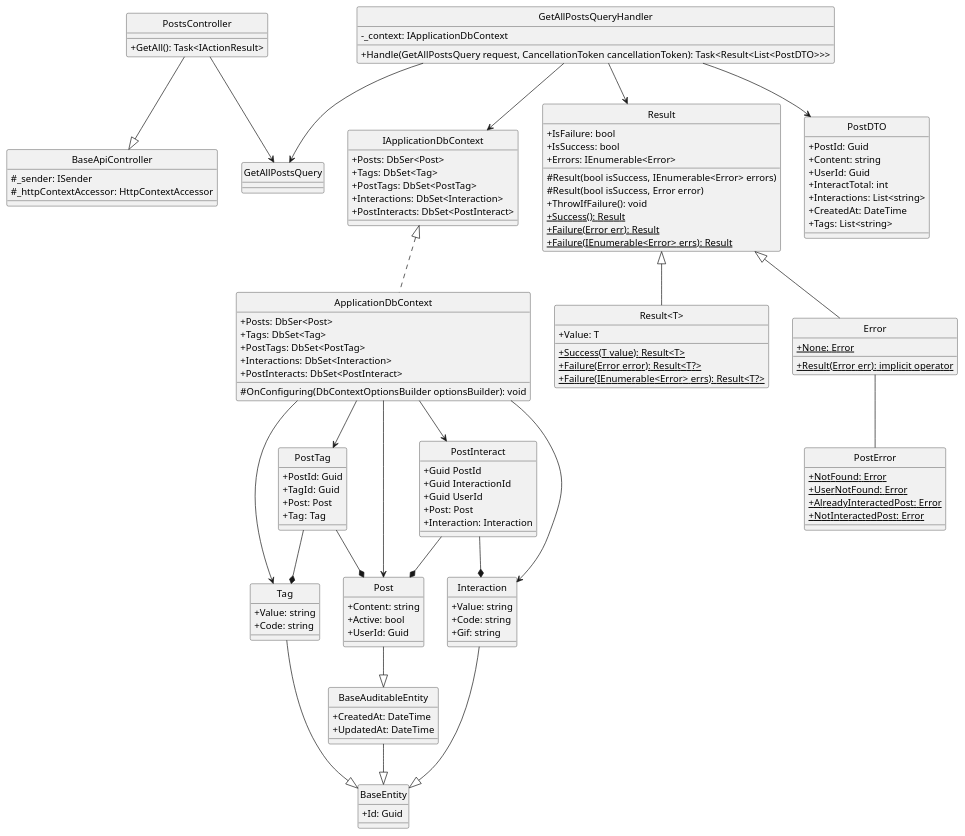
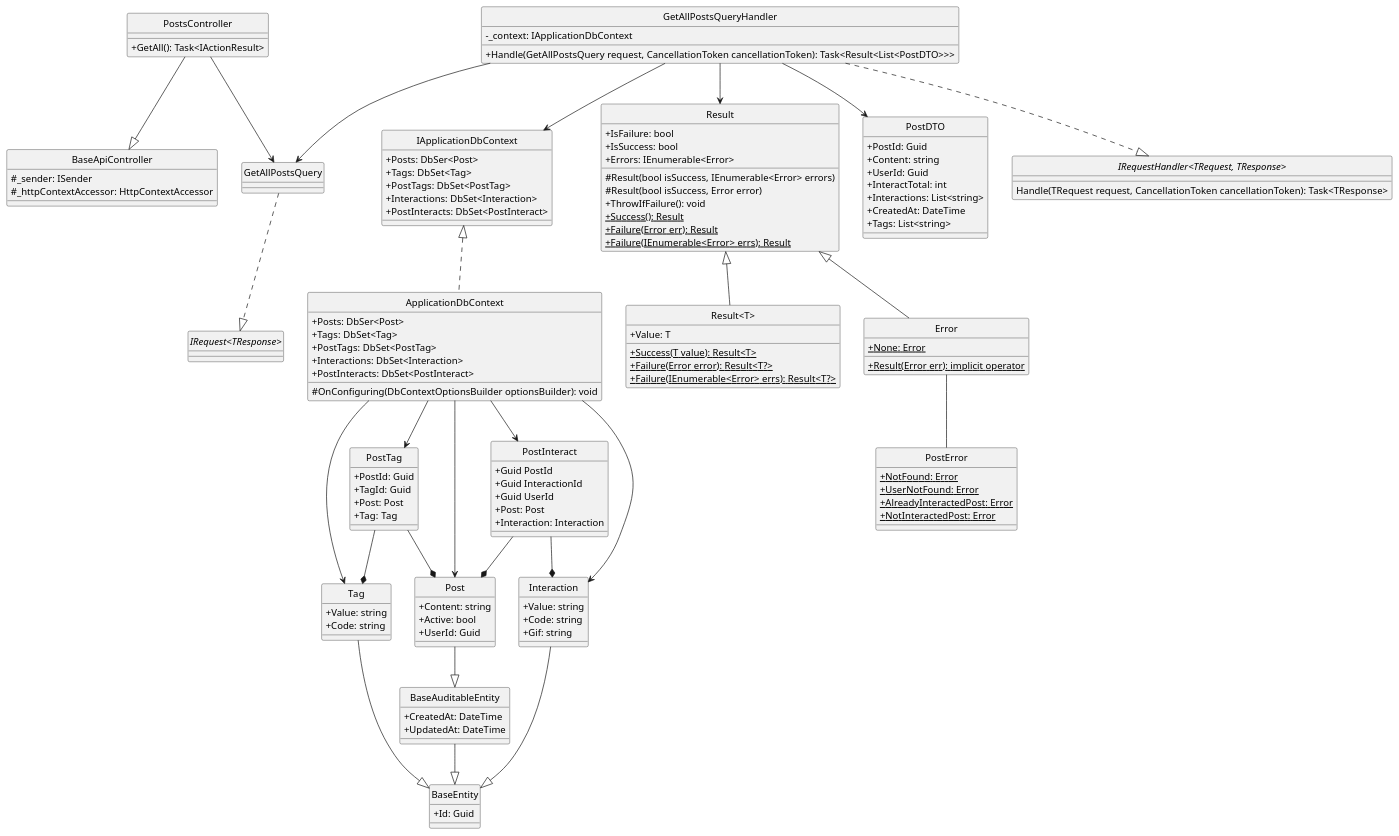
Before and after one commit to Carl-Johnsons/Chat-Application: the diagram in docs/Class Diagram/Post/Post/GetAllPost/ClassDiagram.plantuml, drawn with PlantUML. The commit also changed 21 other files, not shown here.

Commit message:
update post class diagram

```diff
--- a/docs/Class Diagram/Post/Post/GetAllPost/ClassDiagram.plantuml
+++ b/docs/Class Diagram/Post/Post/GetAllPost/ClassDiagram.plantuml
@@ -1,148 +1,155 @@
-@startuml 
+@startuml getAllPost
 hide circle
 skinparam classAttributeIconSize 0
 
 class BaseApiController {
     #_sender: ISender
     #_httpContextAccessor: HttpContextAccessor
 }
 
 class PostsController {
     +GetAll(): Task<IActionResult>
 }
 
 class GetAllPostsQuery {}
 
 class GetAllPostsQueryHandler {
     -_context: IApplicationDbContext
     +Handle(GetAllPostsQuery request, CancellationToken cancellationToken): Task<Result<List<PostDTO>>>
 }
 
 class IApplicationDbContext {
     +Posts: DbSer<Post>
     +Tags: DbSet<Tag>
     +PostTags: DbSet<PostTag>
     +Interactions: DbSet<Interaction>
     +PostInteracts: DbSet<PostInteract>
 }
 
 class ApplicationDbContext {
     +Posts: DbSer<Post>
     +Tags: DbSet<Tag>
     +PostTags: DbSet<PostTag>
     +Interactions: DbSet<Interaction>
     +PostInteracts: DbSet<PostInteract>
     #OnConfiguring(DbContextOptionsBuilder optionsBuilder): void
 }
 
 class Result {
     +IsFailure: bool
     +IsSuccess: bool
     +Errors: IEnumerable<Error>
     #Result(bool isSuccess, IEnumerable<Error> errors)
     #Result(bool isSuccess, Error error)
     +ThrowIfFailure(): void
     +{static} Success(): Result 
     +{static} Failure(Error err): Result
     +{static} Failure(IEnumerable<Error> errs): Result
 }
 
 class "Result<T>" {
     +Value: T
     +{static} Success(T value): Result<T>
     +{static} Failure(Error error): Result<T?>
     +{static} Failure(IEnumerable<Error> errs): Result<T?>
 }
 
 class Error {
     +{static} None: Error
     +{static} Result(Error err): implicit operator
 }
 
 class PostError {
     +{static} NotFound: Error
     +{static} UserNotFound: Error
     +{static} AlreadyInteractedPost: Error
     +{static} NotInteractedPost: Error
 }
 
 class PostDTO {
     +PostId: Guid
     +Content: string
     +UserId: Guid
     +InteractTotal: int
     +Interactions: List<string>
     +CreatedAt: DateTime
     +Tags: List<string>
 }
 
 class BaseEntity {
     +Id: Guid
 }
 
 class BaseAuditableEntity{
     +CreatedAt: DateTime
     +UpdatedAt: DateTime
 }
 
 class Tag {
     +Value: string
     +Code: string
 }
 
 class Post {
     +Content: string
     +Active: bool
     +UserId: Guid
 }
 
 class PostTag {
     +PostId: Guid
     +TagId: Guid 
     +Post: Post
     +Tag: Tag
 }
 
 class Interaction {
     +Value: string
     +Code: string
     +Gif: string
 }
 
 class PostInteract {
     +Guid PostId
     +Guid InteractionId
     +Guid UserId
     +Post: Post
     +Interaction: Interaction
 }
 
+interface "IRequest<TResponse>"
+interface "IRequestHandler<TRequest, TResponse>"{
+    Handle(TRequest request, CancellationToken cancellationToken): Task<TResponse>
+}
+
 '==== Get All Post ====
 'API Layer
 PostsController --|> BaseApiController
 PostsController --> GetAllPostsQuery
 'Application Layer
+GetAllPostsQuery ..|> "IRequest<TResponse>"
+GetAllPostsQueryHandler ..|> "IRequestHandler<TRequest, TResponse>"
 GetAllPostsQueryHandler --> GetAllPostsQuery
 GetAllPostsQueryHandler --> Result
 GetAllPostsQueryHandler --> IApplicationDbContext
 GetAllPostsQueryHandler --> PostDTO
 'Domain Layer
 Result <|-- Error
 Result <|-- "Result<T>"
 Error -- PostError
 Tag --|> BaseEntity
 Interaction --|> BaseEntity
 Post --|> BaseAuditableEntity
 BaseAuditableEntity --|> BaseEntity
 PostTag --* Post
 PostTag --* Tag
 PostInteract --* Post
 PostInteract --* Interaction
 'Infrastructure Layer
 IApplicationDbContext <|.. ApplicationDbContext
 ApplicationDbContext --> Tag
 ApplicationDbContext --> Post
 ApplicationDbContext --> PostTag
 ApplicationDbContext --> Interaction
 ApplicationDbContext --> PostInteract
 @enduml
```
